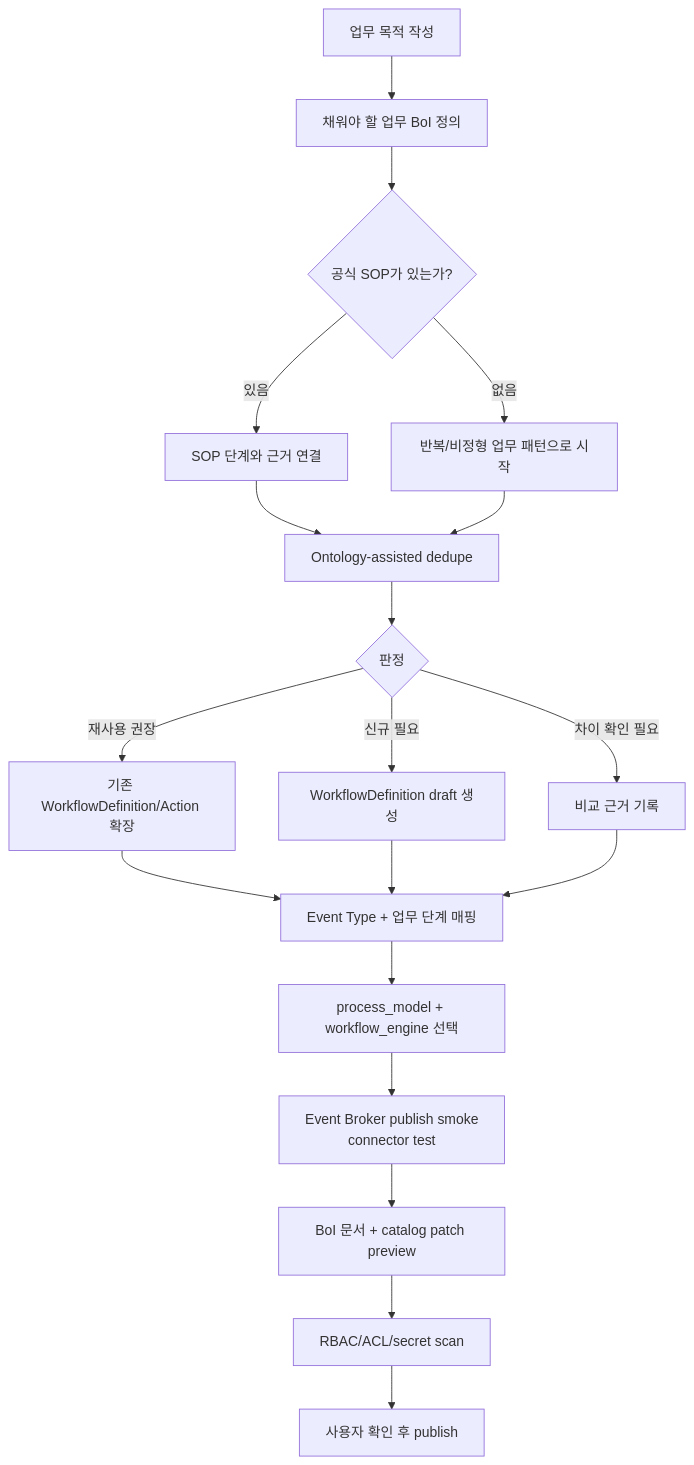
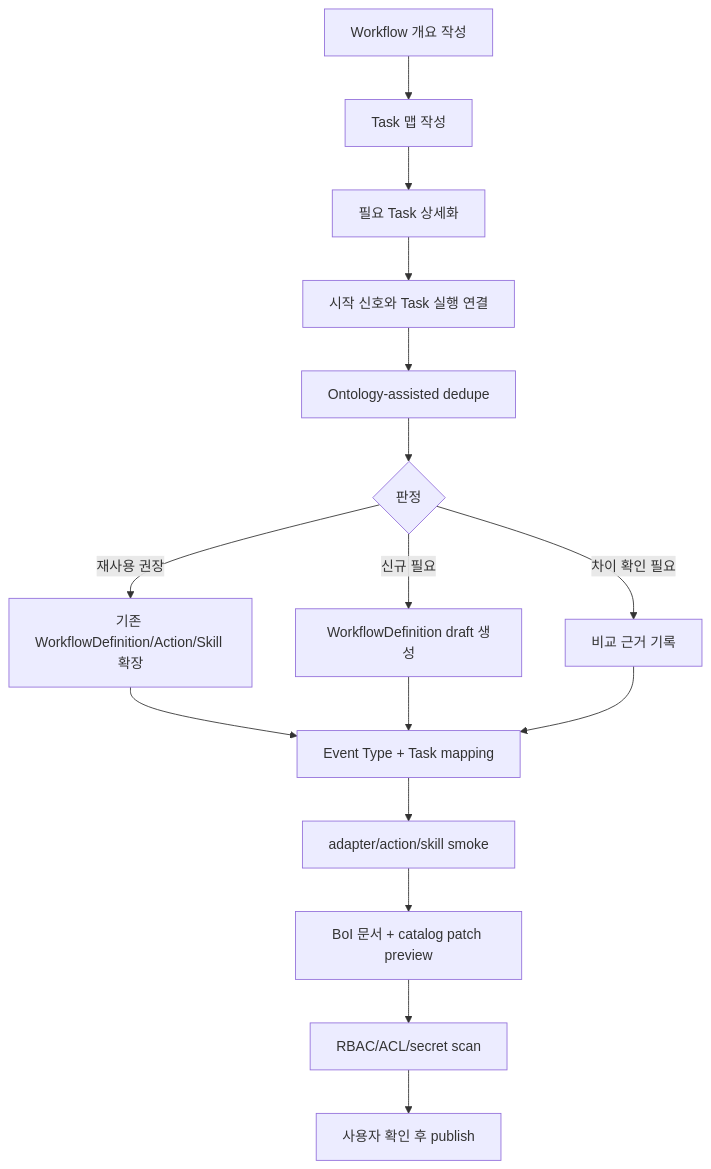
Before and after one commit to chokukil/boi-wiki: the diagram in data/boi/public/boi-wiki-manual/workflows/workflow-definition-registration-guide.md, drawn with Mermaid. The commit also changed other lines of this file and 31 other files, not shown here.

````diff
--- a/data/boi/public/boi-wiki-manual/workflows/workflow-definition-registration-guide.md
+++ b/data/boi/public/boi-wiki-manual/workflows/workflow-definition-registration-guide.md
@@ -40,21 +40,18 @@
 ```mermaid
 flowchart TD
-  A["업무 목적 작성"] --> B["채워야 할 업무 BoI 정의"]
-  B --> P{"공식 SOP가 있는가?"}
-  P -->|"있음"| S["SOP 단계와 근거 연결"]
-  P -->|"없음"| NP["반복/비정형 업무 패턴으로 시작"]
-  S --> C["Ontology-assisted dedupe"]
-  NP --> C
-  C --> D{"판정"}
-  D -->|"재사용 권장"| R["기존 WorkflowDefinition/Action 확장"]
-  D -->|"신규 필요"| N["WorkflowDefinition draft 생성"]
-  D -->|"차이 확인 필요"| X["비교 근거 기록"]
-  R --> M["Event Type + 업무 단계 매핑"]
+  A["Workflow 개요 작성"] --> B["Task 맵 작성"]
+  B --> C["필요 Task 상세화"]
+  C --> D["시작 신호와 Task 실행 연결"]
+  D --> E["Ontology-assisted dedupe"]
+  E --> F{"판정"}
+  F -->|"재사용 권장"| R["기존 WorkflowDefinition/Action/Skill 확장"]
+  F -->|"신규 필요"| N["WorkflowDefinition draft 생성"]
+  F -->|"차이 확인 필요"| X["비교 근거 기록"]
+  R --> M["Event Type + Task mapping"]
   N --> M
   X --> M
-  M --> E["process_model + workflow_engine 선택"]
-  E --> T["Event Broker publish smoke<br/>connector test"]
+  M --> T["adapter/action/skill smoke"]
   T --> PV["BoI 문서 + catalog patch preview"]
   PV --> G["RBAC/ACL/secret scan"]
   G --> U["사용자 확인 후 publish"]
 ```
````
